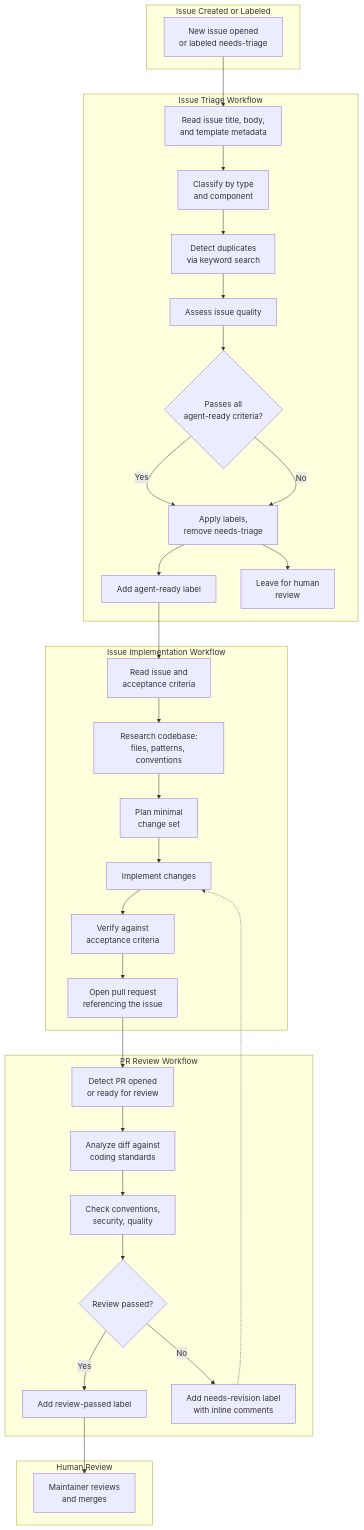
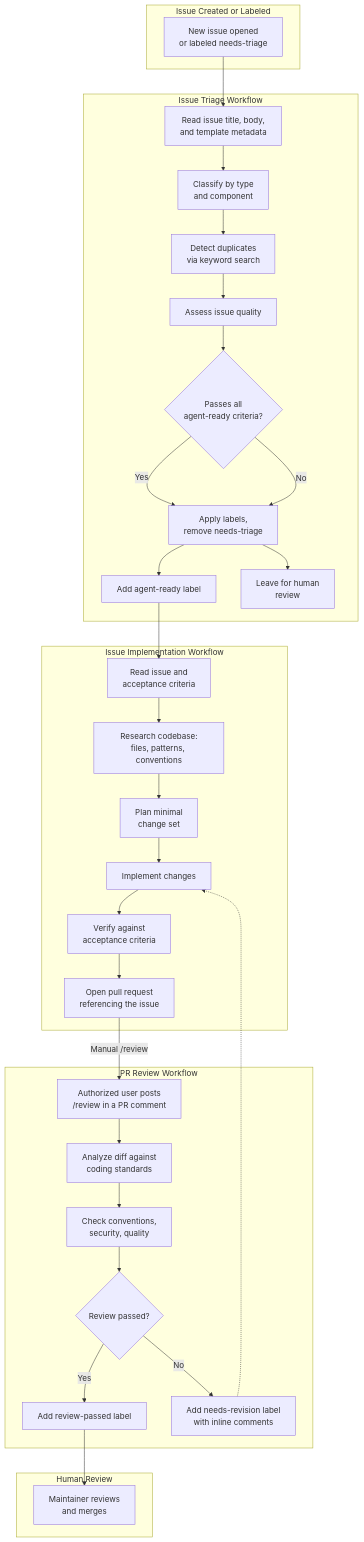
One commit to microsoft/hve-core changed the first of 3 diagrams in docs/architecture/agentic-workflows.md. Above: the diagram before and after it, drawn with Mermaid. The commit also changed other lines of this file, not shown here.

First line of the commit message:
docs(architecture): document manual PR review trigger

````diff
--- a/docs/architecture/agentic-workflows.md
+++ b/docs/architecture/agentic-workflows.md
@@ -24,63 +24,63 @@
 ```mermaid
 flowchart TD
     subgraph TRIGGER["Issue Created or Labeled"]
         A["New issue opened<br/>or labeled needs-triage"]
     end
 
     subgraph TRIAGE["Issue Triage Workflow"]
         B["Read issue title, body,<br/>and template metadata"]
         C["Classify by type<br/>and component"]
         D["Detect duplicates<br/>via keyword search"]
         E["Assess issue quality"]
         H{"Passes all<br/>agent-ready criteria?"}
         I["Apply labels,<br/>remove needs-triage"]
         J["Add agent-ready label"]
         K["Leave for human<br/>review"]
     end
 
     subgraph IMPLEMENT["Issue Implementation Workflow"]
         L["Read issue and<br/>acceptance criteria"]
         M["Research codebase:<br/>files, patterns, conventions"]
         N["Plan minimal<br/>change set"]
         O["Implement changes"]
         P["Verify against<br/>acceptance criteria"]
         Q["Open pull request<br/>referencing the issue"]
     end
 
     subgraph REVIEW["PR Review Workflow"]
-        R["Detect PR opened<br/>or ready for review"]
+        R["Authorized user posts<br/>/review in a PR comment"]
         S["Analyze diff against<br/>coding standards"]
         T["Check conventions,<br/>security, quality"]
         U{"Review passed?"}
         V["Add review-passed label"]
         W["Add needs-revision label<br/>with inline comments"]
     end
 
     subgraph HUMAN["Human Review"]
         X["Maintainer reviews<br/>and merges"]
     end
 
     A --> B
     B --> C
     C --> D
     D --> E
     E --> H
     H -- Yes --> I
     I --> J
     H -- No --> I
     I --> K
     J --> L
     L --> M
     M --> N
     N --> O
     O --> P
     P --> Q
-    Q --> R
+    Q -->|"Manual /review"| R
     R --> S
     S --> T
     T --> U
     U -- Yes --> V
     V --> X
     U -- No --> W
     W -.-> O
 ```
````
